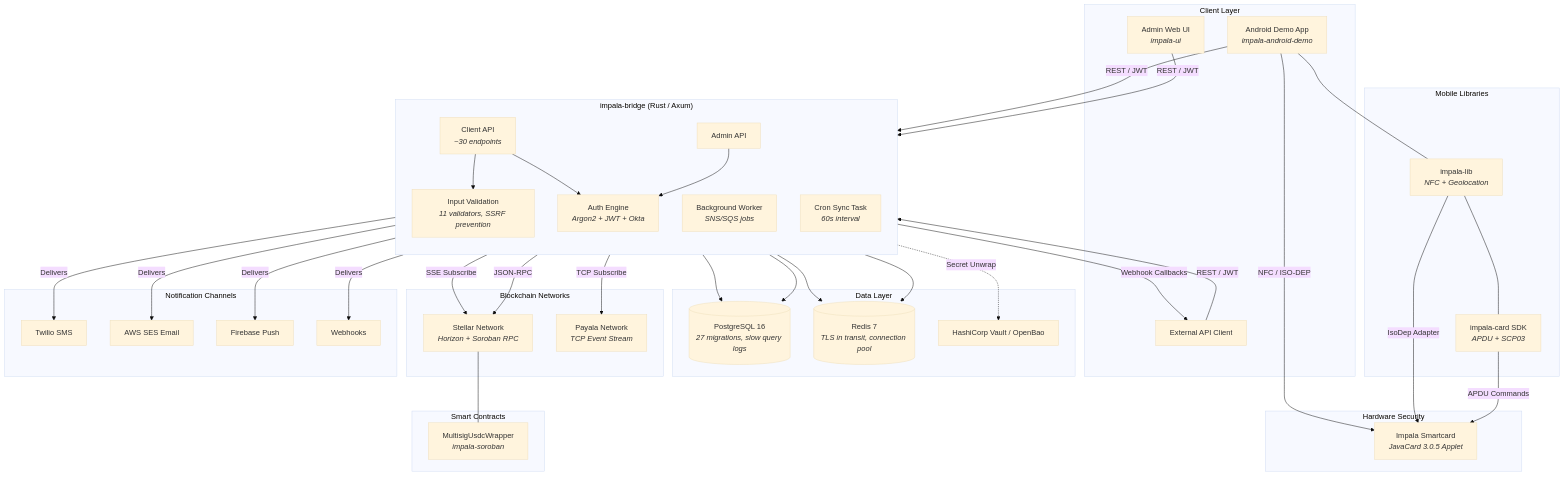
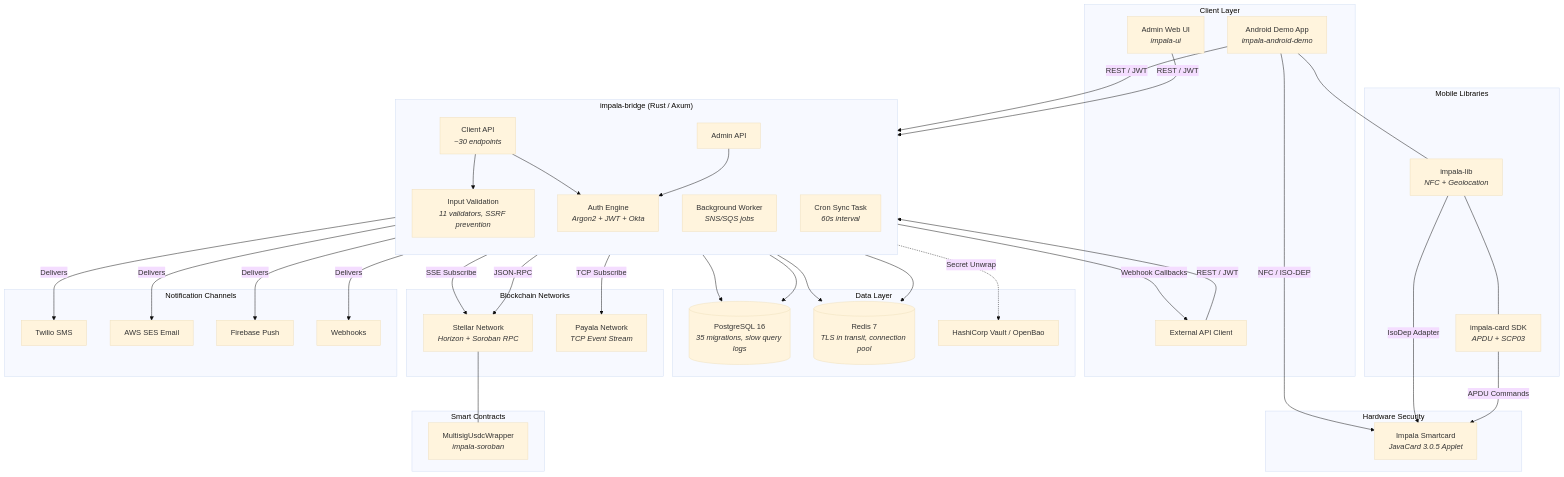
The first of 14 diagrams in ARCHITECTURE.md (Financial-Empowerment-Partners/impala), drawn with Mermaid (base theme) before and after one commit. The commit also changed other lines of this file and 99 other files, not shown here.

````diff
--- a/ARCHITECTURE.md
+++ b/ARCHITECTURE.md
@@ -70,81 +70,81 @@
 ```mermaid
 graph TB
     subgraph Clients["Client Layer"]
         AndroidApp["Android Demo App<br/><i>impala-android-demo</i>"]
         AdminUI["Admin Web UI<br/><i>impala-ui</i>"]
         ExtClient["External API Client"]
     end
 
     subgraph Bridge["impala-bridge &lpar;Rust / Axum&rpar;"]
         direction TB
         ClientAPI["Client API<br/><i>~30 endpoints</i>"]
         AdminAPI["Admin API"]
         AuthEngine["Auth Engine<br/><i>Argon2 + JWT + Okta</i>"]
         Validation["Input Validation<br/><i>11 validators, SSRF prevention</i>"]
         Worker["Background Worker<br/><i>SNS/SQS jobs</i>"]
         CronSync["Cron Sync Task<br/><i>60s interval</i>"]
     end
 
     subgraph Storage["Data Layer"]
-        Postgres[("PostgreSQL 16<br/><i>27 migrations, slow query logs</i>")]
+        Postgres[("PostgreSQL 16<br/><i>35 migrations, slow query logs</i>")]
         Redis[("Redis 7<br/><i>TLS in transit, connection pool</i>")]
         Vault["HashiCorp Vault / OpenBao"]
     end
 
     subgraph Networks["Blockchain Networks"]
         Stellar["Stellar Network<br/><i>Horizon + Soroban RPC</i>"]
         Payala["Payala Network<br/><i>TCP Event Stream</i>"]
     end
 
     subgraph Hardware["Hardware Security"]
         Card["Impala Smartcard<br/><i>JavaCard 3.0.5 Applet</i>"]
     end
 
     subgraph MobileLibs["Mobile Libraries"]
         ImpalaLib["impala-lib<br/><i>NFC + Geolocation</i>"]
         ImpalaSDK["impala-card SDK<br/><i>APDU + SCP03</i>"]
     end
 
     subgraph Contracts["Smart Contracts"]
         Soroban["MultisigUsdcWrapper<br/><i>impala-soroban</i>"]
     end
 
     subgraph Notifications["Notification Channels"]
         Twilio["Twilio SMS"]
         SES["AWS SES Email"]
         FCM["Firebase Push"]
         Webhooks["Webhooks"]
     end
 
     AndroidApp -->|"REST / JWT"| ClientAPI
     AdminUI -->|"REST / JWT"| AdminAPI
     ExtClient -->|"REST / JWT"| ClientAPI
 
     ClientAPI --> Validation
     ClientAPI --> AuthEngine
     AdminAPI --> AuthEngine
     AuthEngine --> Postgres
     AuthEngine --> Redis
 
     Bridge --> Postgres
     Bridge --> Redis
     Bridge -.->|"Secret Unwrap"| Vault
 
     ClientAPI -->|"SSE Subscribe"| Stellar
     ClientAPI -->|"JSON-RPC"| Stellar
     ClientAPI -->|"TCP Subscribe"| Payala
     CronSync -->|"Webhook Callbacks"| ExtClient
 
     Worker -->|"Delivers"| Twilio
     Worker -->|"Delivers"| SES
     Worker -->|"Delivers"| FCM
     Worker -->|"Delivers"| Webhooks
 
     Stellar --- Soroban
 
     AndroidApp -->|"NFC / ISO-DEP"| Card
     ImpalaLib -->|"IsoDep Adapter"| Card
     ImpalaSDK -->|"APDU Commands"| Card
     AndroidApp --- ImpalaLib
     ImpalaLib --- ImpalaSDK
 ```
````
